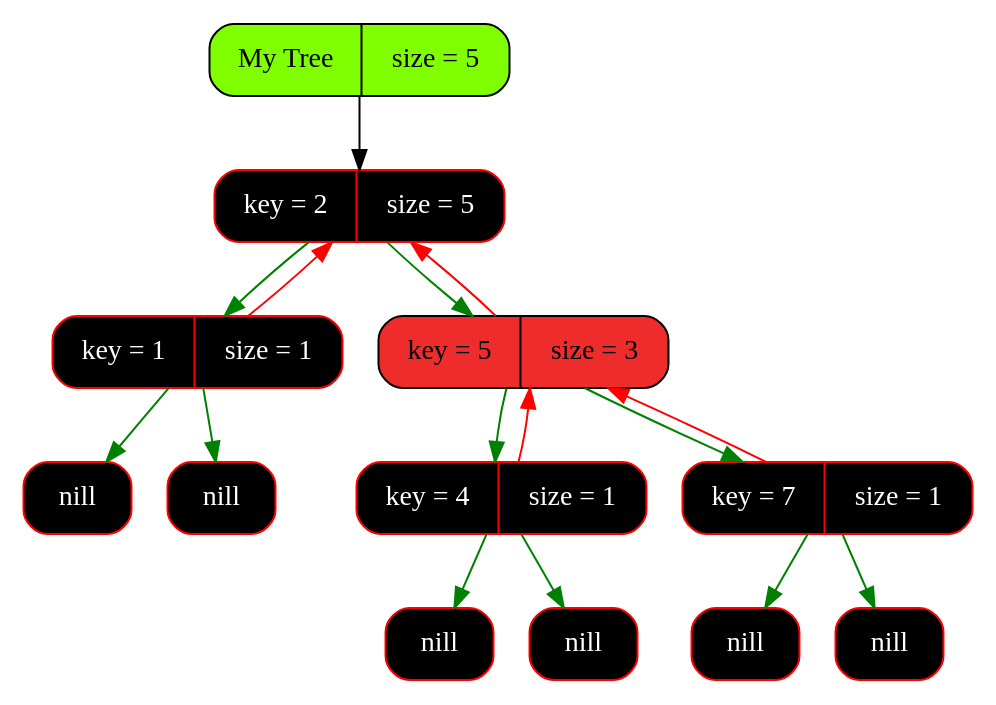
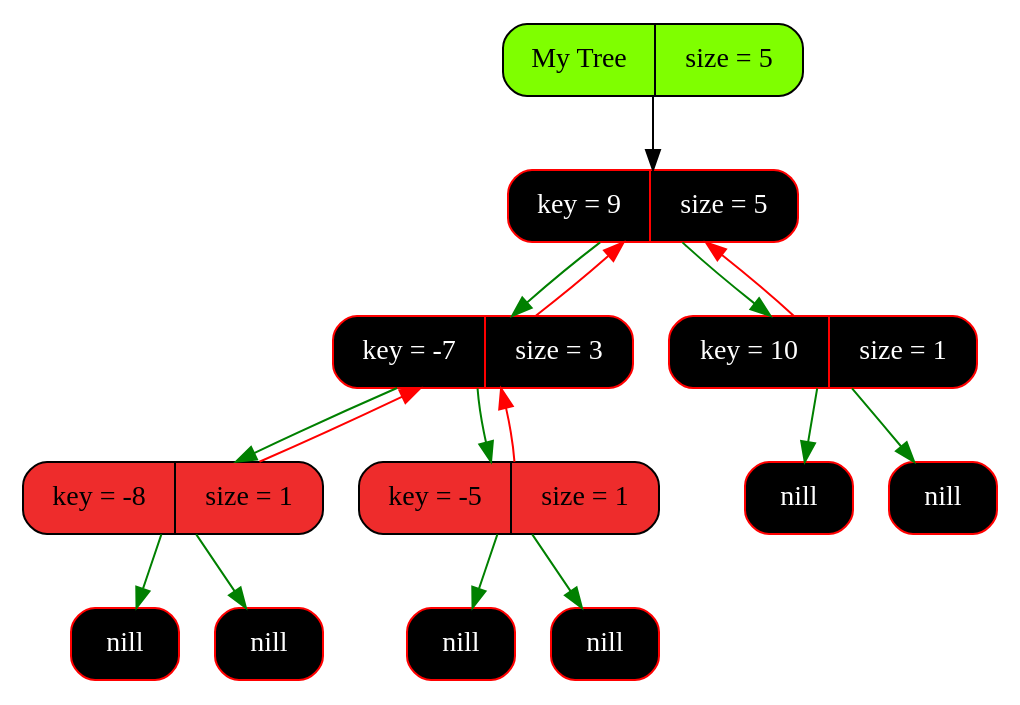
Before and after one commit to Pelmeshka127/RedBlackTree: the diagram in graphics/graph.dot, drawn with Graphviz. The commit also changed 14 other files, not shown here.

```diff
--- a/graphics/graph.dot
+++ b/graphics/graph.dot
@@ -1,33 +1,33 @@
 digraph Tree
 {
    rankdir = HR;
    node[fontsize=14];
    edge[color="black",fontcolor="blue",fontsize=12];
    tree[shape = Mrecord, style = filled, fillcolor = "chartreuse1", label = "My Tree | size = 5"];
-   "0x132606750"[shape = Mrecord, color = "red", style = filled, fontcolor = "white", fillcolor = "black",   label = " key = 2 | size = 5"];
-  "0x132606750" -> "0x132704080" [color = "green"];
-  "0x132704080" -> "0x132606750" [color = "red"];
-  "0x132606750" -> "0x1327041b0" [color = "green"];
-  "0x1327041b0" -> "0x132606750" [color = "red"];
-   "0x132704080"[shape = Mrecord, color = "red", style = filled, fontcolor = "white", fillcolor = "black",   label = " key = 1 | size = 1"];
-   "0x132704080left"[shape = Mrecord, color = "red", style = filled, fontcolor = "white", fillcolor = "black",   label = " <value> nill"];
-  "0x132704080" -> "0x132704080left" [color = "green"];
-   "0x132704080right"[shape = Mrecord, color = "red", style = filled, fontcolor = "white", fillcolor = "black",   label = " <value> nill"];
-  "0x132704080" -> "0x132704080right" [color = "green"];
-  "0x1327041b0"[shape = Mrecord, color = "black", style = filled, fillcolor = "firebrick2",   label = " key = 5 | size = 3"];
-  "0x1327041b0" -> "0x133804080" [color = "green"];
-  "0x133804080" -> "0x1327041b0" [color = "red"];
-  "0x1327041b0" -> "0x133904080" [color = "green"];
-  "0x133904080" -> "0x1327041b0" [color = "red"];
-   "0x133804080"[shape = Mrecord, color = "red", style = filled, fontcolor = "white", fillcolor = "black",   label = " key = 4 | size = 1"];
-   "0x133804080left"[shape = Mrecord, color = "red", style = filled, fontcolor = "white", fillcolor = "black",   label = " <value> nill"];
-  "0x133804080" -> "0x133804080left" [color = "green"];
-   "0x133804080right"[shape = Mrecord, color = "red", style = filled, fontcolor = "white", fillcolor = "black",   label = " <value> nill"];
-  "0x133804080" -> "0x133804080right" [color = "green"];
-   "0x133904080"[shape = Mrecord, color = "red", style = filled, fontcolor = "white", fillcolor = "black",   label = " key = 7 | size = 1"];
-   "0x133904080left"[shape = Mrecord, color = "red", style = filled, fontcolor = "white", fillcolor = "black",   label = " <value> nill"];
-  "0x133904080" -> "0x133904080left" [color = "green"];
-   "0x133904080right"[shape = Mrecord, color = "red", style = filled, fontcolor = "white", fillcolor = "black",   label = " <value> nill"];
-  "0x133904080" -> "0x133904080right" [color = "green"];
-   tree -> "0x132606750" [color = "gray0"];
+   "0x15b704080"[shape = Mrecord, color = "red", style = filled, fontcolor = "white", fillcolor = "black",   label = " key = 9 | size = 5"];
+  "0x15b704080" -> "0x15b704140" [color = "green"];
+  "0x15b704140" -> "0x15b704080" [color = "red"];
+  "0x15b704080" -> "0x15b7040b0" [color = "green"];
+  "0x15b7040b0" -> "0x15b704080" [color = "red"];
+   "0x15b704140"[shape = Mrecord, color = "red", style = filled, fontcolor = "white", fillcolor = "black",   label = " key = -7 | size = 3"];
+  "0x15b704140" -> "0x15b704110" [color = "green"];
+  "0x15b704110" -> "0x15b704140" [color = "red"];
+  "0x15b704140" -> "0x15b7040e0" [color = "green"];
+  "0x15b7040e0" -> "0x15b704140" [color = "red"];
+  "0x15b704110"[shape = Mrecord, color = "black", style = filled, fillcolor = "firebrick2",   label = " key = -8 | size = 1"];
+   "0x15b704110left"[shape = Mrecord, color = "red", style = filled, fontcolor = "white", fillcolor = "black",   label = " <value> nill"];
+  "0x15b704110" -> "0x15b704110left" [color = "green"];
+   "0x15b704110right"[shape = Mrecord, color = "red", style = filled, fontcolor = "white", fillcolor = "black",   label = " <value> nill"];
+  "0x15b704110" -> "0x15b704110right" [color = "green"];
+  "0x15b7040e0"[shape = Mrecord, color = "black", style = filled, fillcolor = "firebrick2",   label = " key = -5 | size = 1"];
+   "0x15b7040e0left"[shape = Mrecord, color = "red", style = filled, fontcolor = "white", fillcolor = "black",   label = " <value> nill"];
+  "0x15b7040e0" -> "0x15b7040e0left" [color = "green"];
+   "0x15b7040e0right"[shape = Mrecord, color = "red", style = filled, fontcolor = "white", fillcolor = "black",   label = " <value> nill"];
+  "0x15b7040e0" -> "0x15b7040e0right" [color = "green"];
+   "0x15b7040b0"[shape = Mrecord, color = "red", style = filled, fontcolor = "white", fillcolor = "black",   label = " key = 10 | size = 1"];
+   "0x15b7040b0left"[shape = Mrecord, color = "red", style = filled, fontcolor = "white", fillcolor = "black",   label = " <value> nill"];
+  "0x15b7040b0" -> "0x15b7040b0left" [color = "green"];
+   "0x15b7040b0right"[shape = Mrecord, color = "red", style = filled, fontcolor = "white", fillcolor = "black",   label = " <value> nill"];
+  "0x15b7040b0" -> "0x15b7040b0right" [color = "green"];
+   tree -> "0x15b704080" [color = "gray0"];
 }
```
